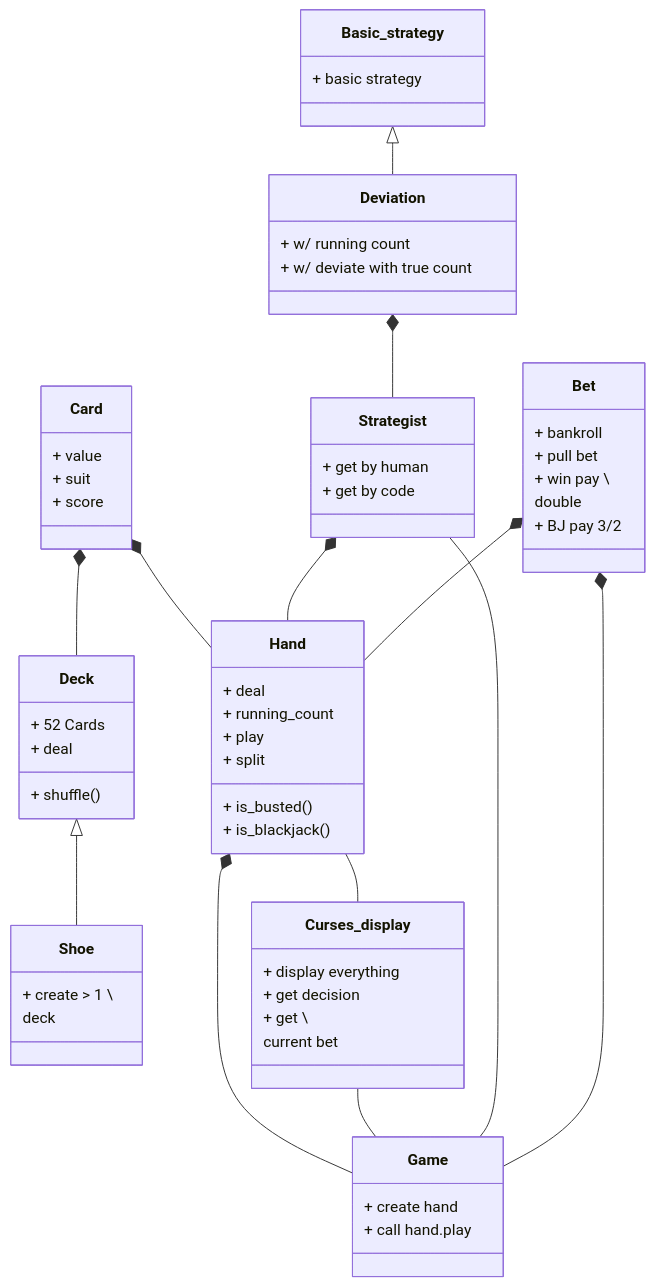
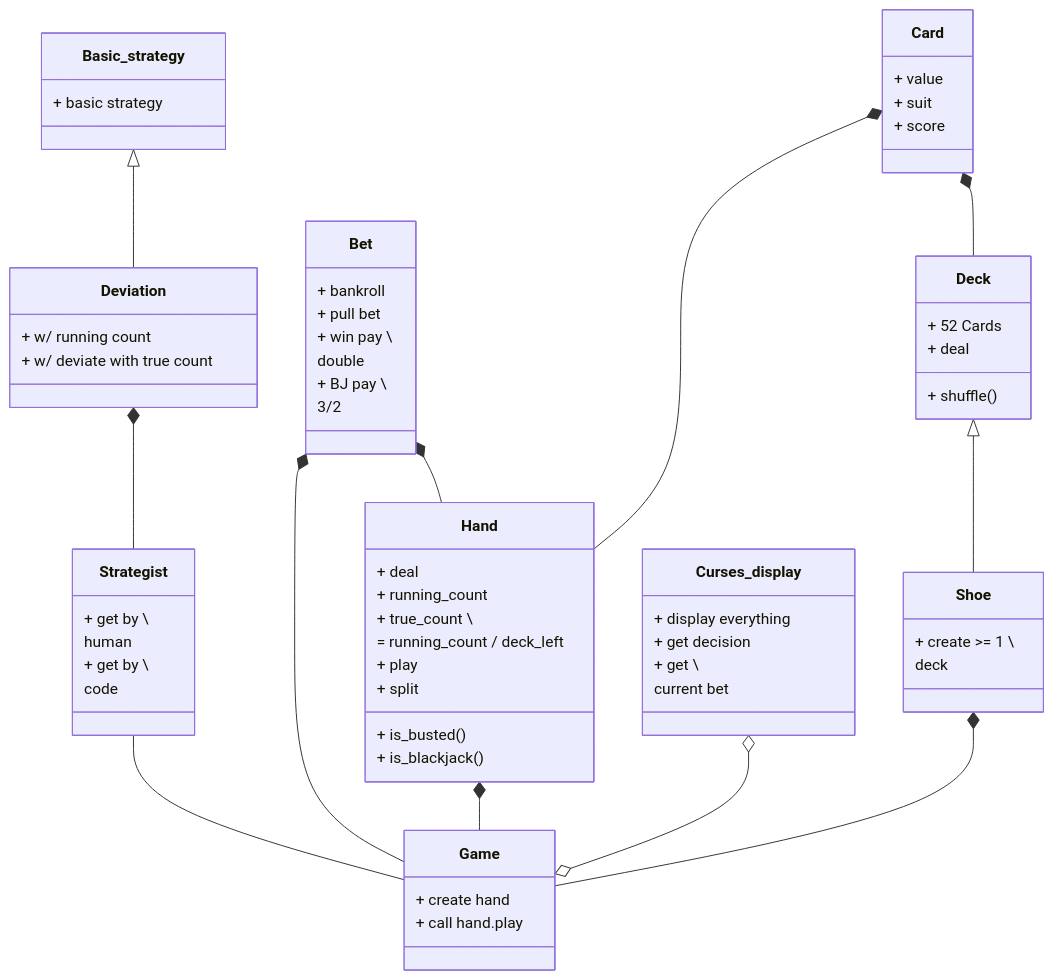
Before and after one commit to Dew2118/blackjack2: the second of 2 diagrams in Readme.md, drawn with Mermaid. The commit also changed 7 other files, not shown here.

````diff
--- a/Readme.md
+++ b/Readme.md
@@ -112,66 +112,71 @@
 ```mermaid
 classDiagram
     Deck <|-- Shoe
+    Shoe *-- Game
     Card *-- Deck
     Card *-- Hand
-    Strategist *-- Hand
     Bet *-- Hand
-    Hand -- Curses_display
     Deviation *-- Strategist
     Basic_strategy <|-- Deviation
     Hand *-- Game
-    Curses_display -- Game
+    Curses_display o--o Game
     Strategist -- Game
     Bet *-- Game
     class Card{
         + value
         + suit
         + score      
     }
     class Deck{
         + 52 Cards
         + shuffle()
         + deal
     }
     class Shoe{
-        + create > 1 \
+        + create >= 1 \
         deck
     }
     class Hand{
         + deal
         + running_count
+        + true_count \
+        = running_count / deck_left
         + play
         + split
         + is_busted()
         + is_blackjack()
 
     }
     class Strategist{
-        + get by human
-        + get by code
+        + get by \
+         human
+        
+        + get by \
+         code
     }
     class Basic_strategy{
         + basic strategy
     }
     class Deviation{
         + w/ running count
         + w/ deviate with true count
     }
     class Game{
         + create hand
         + call hand.play
     }
     class Curses_display{
         + display everything
         + get decision
         + get \
         current bet
     }
     class Bet{
         + bankroll
         + pull bet
         + win pay \
          double
-        + BJ pay 3/2
+        + BJ pay \
+         3/2
     }
 ```
````
